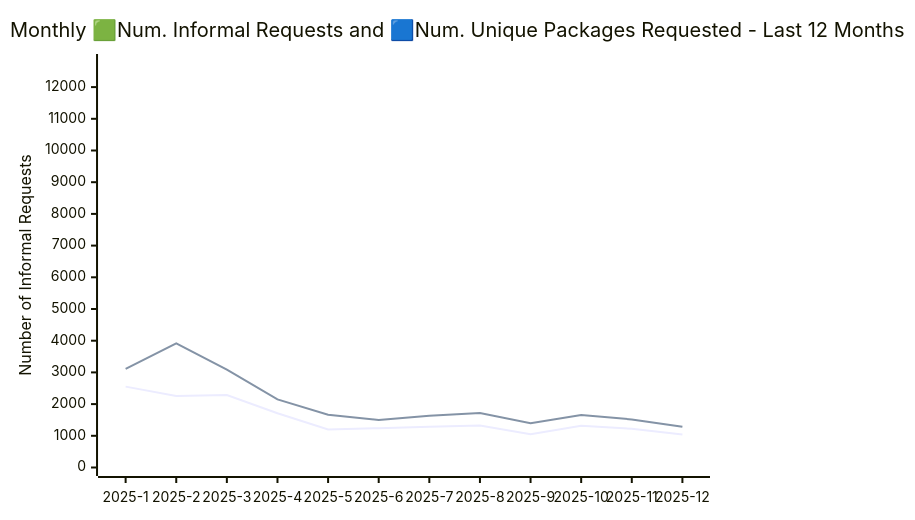
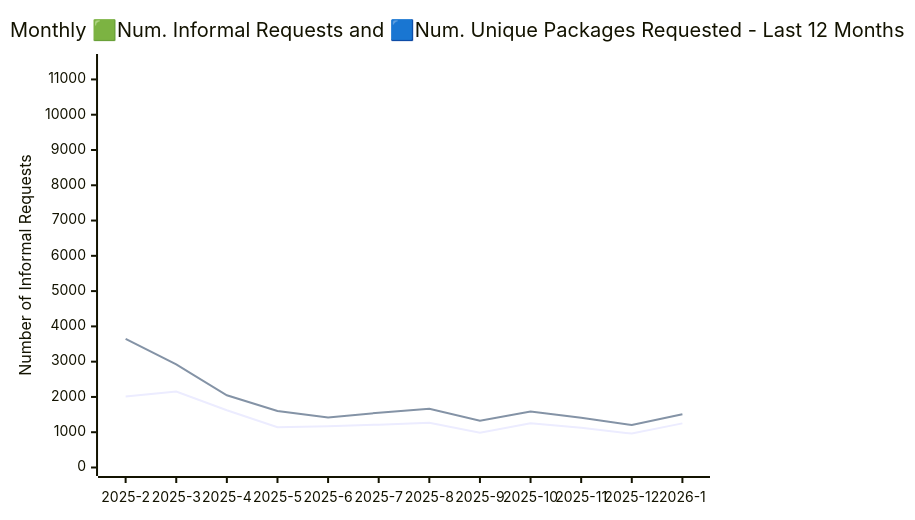
The diagram in ATI_INFORMAL_REPORT/readme.md (open-data/analytics-corporate-reporting), drawn with Mermaid before and after one commit. The commit also changed other lines of this file and 5 other files, not shown here.

````diff
--- a/ATI_INFORMAL_REPORT/readme.md
+++ b/ATI_INFORMAL_REPORT/readme.md
@@ -17,11 +17,11 @@
 ```mermaid
 
 xychart-beta
     title "Monthly 🟩Num. Informal Requests and 🟦Num. Unique Packages Requested - Last 12 Months"
-    x-axis [2025-1, 2025-2, 2025-3, 2025-4, 2025-5, 2025-6, 2025-7, 2025-8, 2025-9, 2025-10, 2025-11, 2025-12]
-    y-axis "Unique Packages" 0 --> 10092
-    y-axis "Number of Informal Requests" 0 --> 12776
+    x-axis [2025-2, 2025-3, 2025-4, 2025-5, 2025-6, 2025-7, 2025-8, 2025-9, 2025-10, 2025-11, 2025-12, 2026-1]
+    y-axis "Unique Packages" 0 --> 8889
+    y-axis "Number of Informal Requests" 0 --> 11480
 
-    line [2551, 2259, 2289, 1710, 1201, 1240, 1283, 1321, 1051, 1320, 1223, 1039]
-    line [3108, 3916, 3088, 2150, 1666, 1499, 1635, 1720, 1397, 1655, 1516, 1287]
+    line [2011, 2155, 1622, 1142, 1167, 1215, 1267, 988, 1253, 1129, 961, 1251]
+    line [3644, 2921, 2046, 1603, 1416, 1554, 1662, 1328, 1584, 1409, 1205, 1511]
 ```
````
